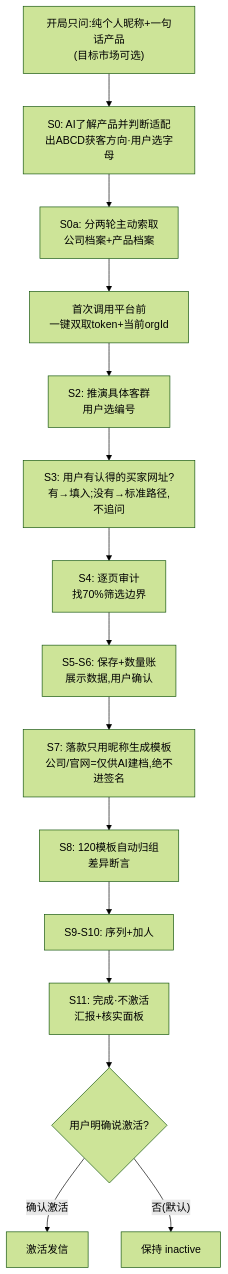
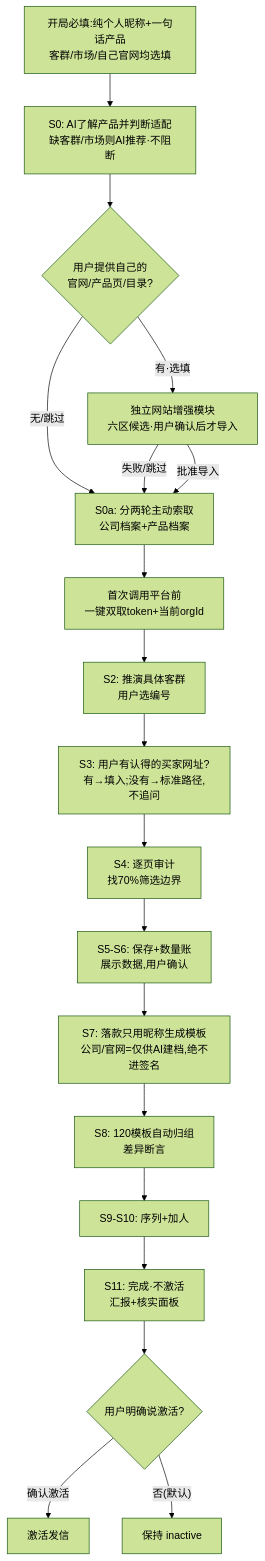
The diagram in SKILL.md (tony-apan/laifaxin-b2b-sales), drawn with Mermaid (forest theme) before and after one commit. The commit also changed other lines of this file and 30 other files, not shown here.

````diff
--- a/SKILL.md
+++ b/SKILL.md
@@ -25,17 +25,21 @@
 ```mermaid
 flowchart TD
-    N["开局只问:纯个人昵称+一句话产品<br/>(目标市场可选)"] --> S0["S0: AI了解产品并判断适配<br/>出ABCD获客方向·用户选字母"]
-    S0 --> S0A["S0a: 分两轮主动索取<br/>公司档案+产品档案"]
+    N["开局必填:纯个人昵称+一句话产品<br/>客群/市场/自己官网均选填"] --> S0["S0: AI了解产品并判断适配<br/>缺客群/市场则AI推荐·不阻断"]
+    S0 --> W{"用户提供自己的<br/>官网/产品页/目录?"}
+    W -- "无/跳过" --> S0A["S0a: 分两轮主动索取<br/>公司档案+产品档案"]
+    W -- "有·选填" --> WP["独立网站增强模块<br/>六区候选·用户确认后才导入"]
+    WP -- "失败/跳过" --> S0A
+    WP -- "批准导入" --> S0A
     S0A --> T["首次调用平台前<br/>一键双取token+当前orgId"]
     T --> S2["S2: 推演具体客群<br/>用户选编号"]
     S2 --> S3["S3: 用户有认得的买家网址?<br/>有→填入;没有→标准路径,不追问"]
     S3 --> S4["S4: 逐页审计<br/>找70%筛选边界"]
     S4 --> S5["S5-S6: 保存+数量账<br/>展示数据,用户确认"]
     S5 --> S7["S7: 落款只用昵称生成模板<br/>公司/官网=仅供AI建档,绝不进签名"]
     S7 --> S8["S8: 120模板自动归组<br/>差异断言"]
     S8 --> S9["S9-S10: 序列+加人"]
     S9 --> S11["S11: 完成·不激活<br/>汇报+核实面板"]
     S11 --> S12{"用户明确说激活?"}
     S12 -- "确认激活" --> ACT["激活发信"]
     S12 -- "否(默认)" --> WAIT["保持 inactive"]
 ```
````
